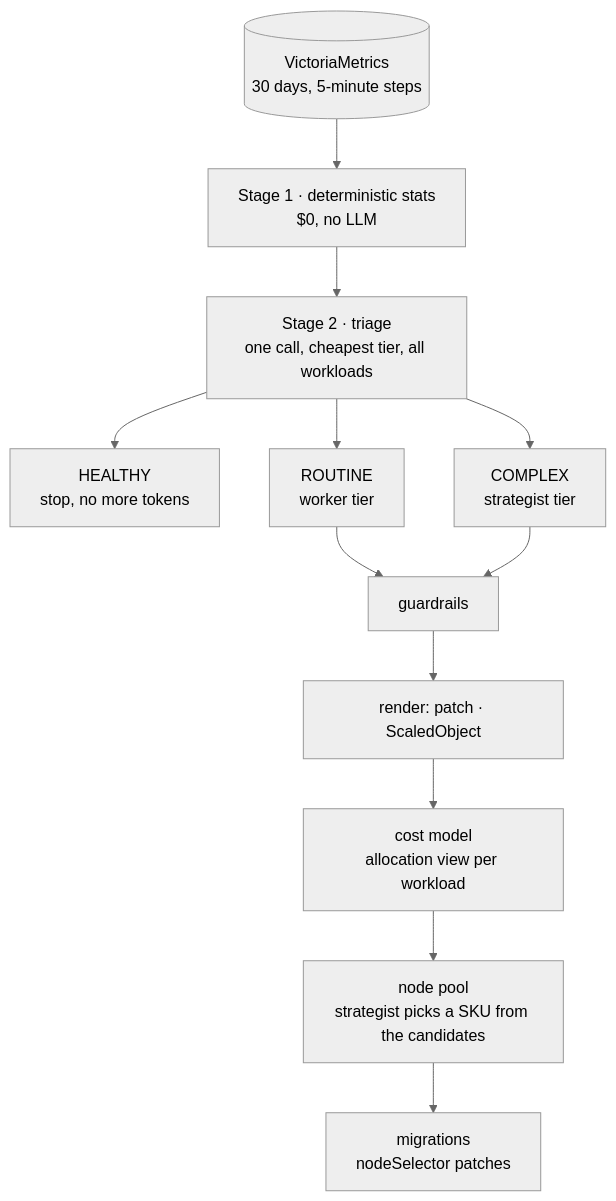
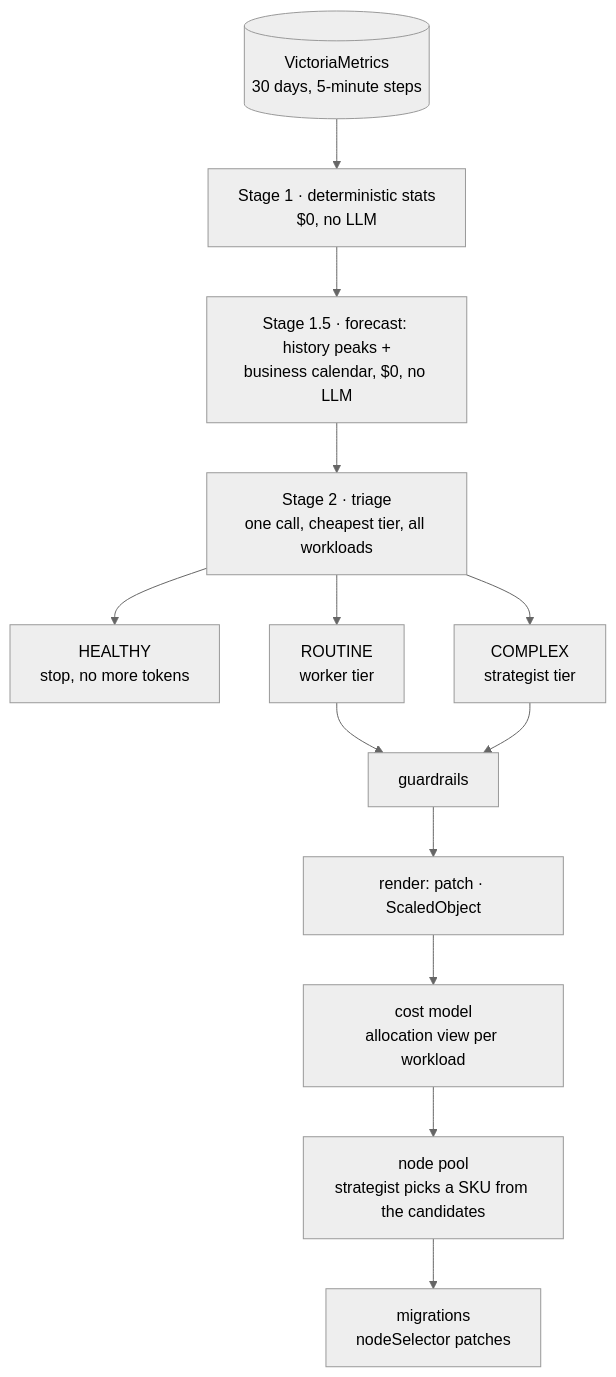
Before and after one commit to manupawickramasinghe/kubesage: the diagram in docs/pipeline.md, drawn with Mermaid (neutral theme). The commit also changed other lines of this file and 20 other files, not shown here.

````diff
--- a/docs/pipeline.md
+++ b/docs/pipeline.md
@@ -3,20 +3,21 @@
 ```mermaid
 flowchart TB
   M[("VictoriaMetrics<br/>30 days, 5-minute steps")]
   S1["Stage 1 · deterministic stats<br/>$0, no LLM"]
+  F["Stage 1.5 · forecast: history peaks +<br/>business calendar, $0, no LLM"]
   T["Stage 2 · triage<br/>one call, cheapest tier, all workloads"]
   H["HEALTHY<br/>stop, no more tokens"]
   R["ROUTINE<br/>worker tier"]
   C["COMPLEX<br/>strategist tier"]
   G["guardrails"]
   Y["render: patch · ScaledObject"]
   $["cost model<br/>allocation view per workload"]
   N["node pool<br/>strategist picks a SKU from the candidates"]
   MG["migrations<br/>nodeSelector patches"]
-  M --> S1 --> T
+  M --> S1 --> F --> T
   T --> H
   T --> R --> G
   T --> C --> G
   G --> Y --> $
   $ --> N --> MG
 ```
````
